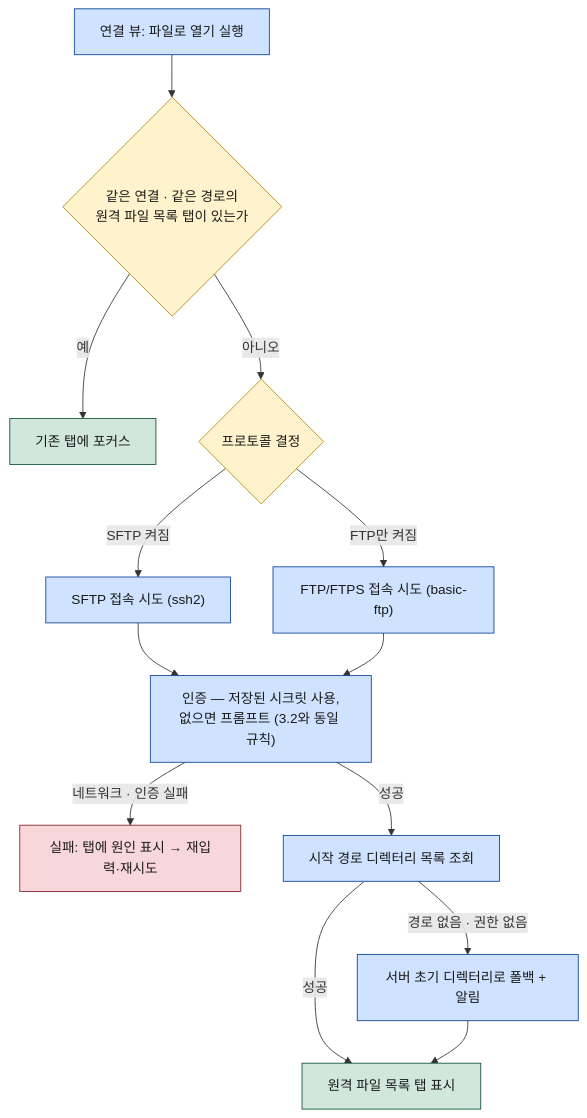
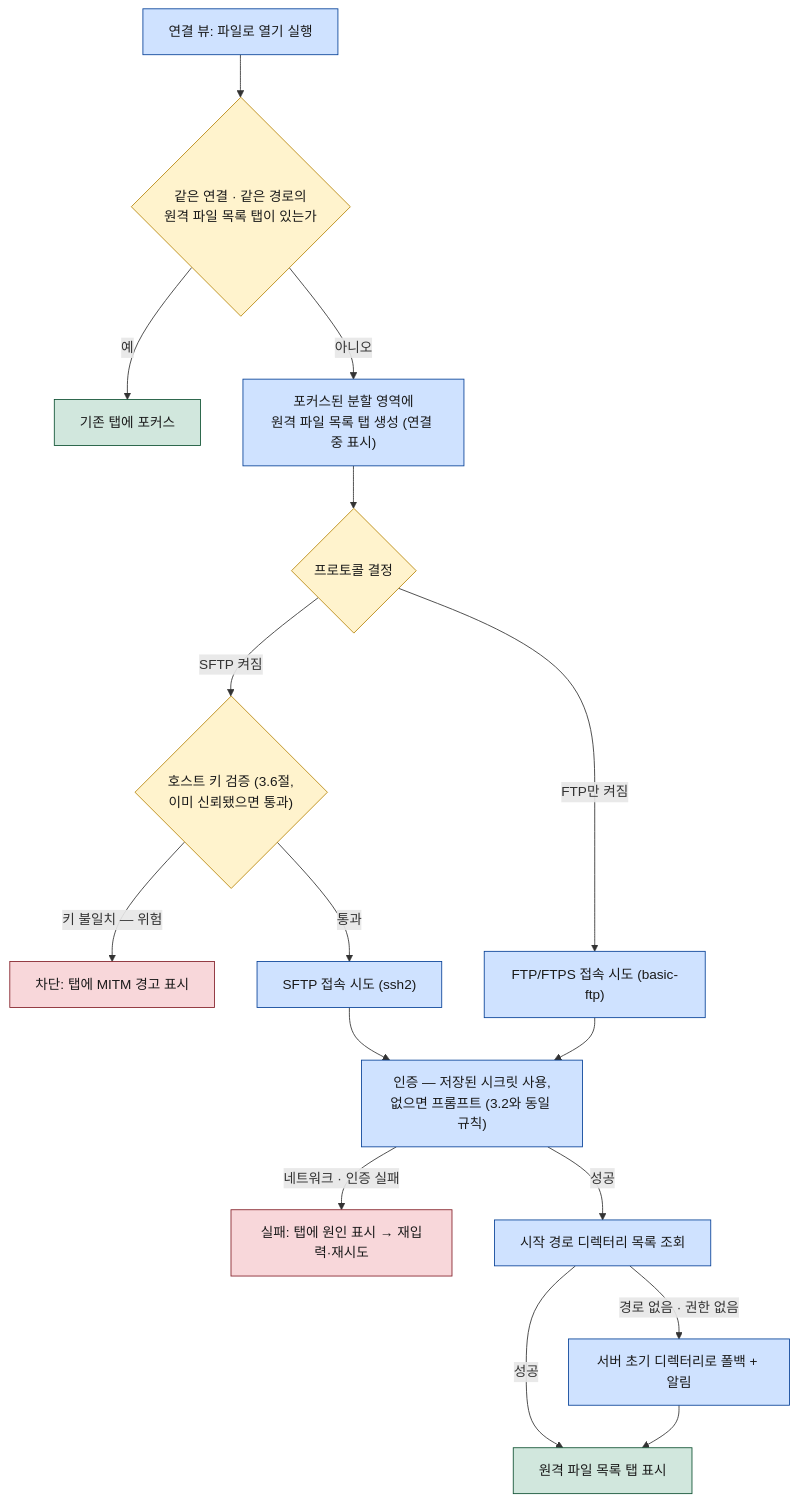
The second of 2 diagrams in docs/features/connections.md (gyuha/work-deck), drawn with Mermaid before and after one commit. The commit also changed other lines of this file and 11 other files, not shown here.

````diff
--- a/docs/features/connections.md
+++ b/docs/features/connections.md
@@ -83,24 +91,27 @@
 ```mermaid
 flowchart TD
     A["연결 뷰: 파일로 열기 실행"] --> B{"같은 연결 · 같은 경로의<br/>원격 파일 목록 탭이 있는가"}
     B -->|예| C["기존 탭에 포커스"]
-    B -->|아니오| D{"프로토콜 결정"}
-    D -->|"SFTP 켜짐"| E["SFTP 접속 시도 (ssh2)"]
+    B -->|아니오| D0["포커스된 분할 영역에<br/>원격 파일 목록 탭 생성 (연결 중 표시)"]
+    D0 --> D{"프로토콜 결정"}
+    D -->|"SFTP 켜짐"| HK{"호스트 키 검증 (3.6절,<br/>이미 신뢰됐으면 통과)"}
+    HK -->|"키 불일치 — 위험"| FHK["차단: 탭에 MITM 경고 표시"]
+    HK -->|통과| E["SFTP 접속 시도 (ssh2)"]
     D -->|"FTP만 켜짐"| F["FTP/FTPS 접속 시도 (basic-ftp)"]
     E --> G["인증 — 저장된 시크릿 사용,<br/>없으면 프롬프트 (3.2와 동일 규칙)"]
     F --> G
     G -->|"네트워크 · 인증 실패"| H["실패: 탭에 원인 표시 → 재입력·재시도"]
     G -->|성공| I["시작 경로 디렉터리 목록 조회"]
     I -->|"경로 없음 · 권한 없음"| J["서버 초기 디렉터리로 폴백 + 알림"]
     I -->|성공| K["원격 파일 목록 탭 표시"]
     J --> K
 
     classDef decision fill:#FFF3CD,stroke:#B8860B,color:#1a1a1a
     classDef success fill:#D1E7DD,stroke:#0F5132,color:#1a1a1a
     classDef fail fill:#F8D7DA,stroke:#842029,color:#1a1a1a
     classDef step fill:#CFE2FF,stroke:#084298,color:#1a1a1a
-    class B,D decision
+    class B,D,HK decision
     class C,K success
-    class H fail
-    class A,E,F,G,I,J step
+    class H,FHK fail
+    class A,D0,E,F,G,I,J step
 ```
````
